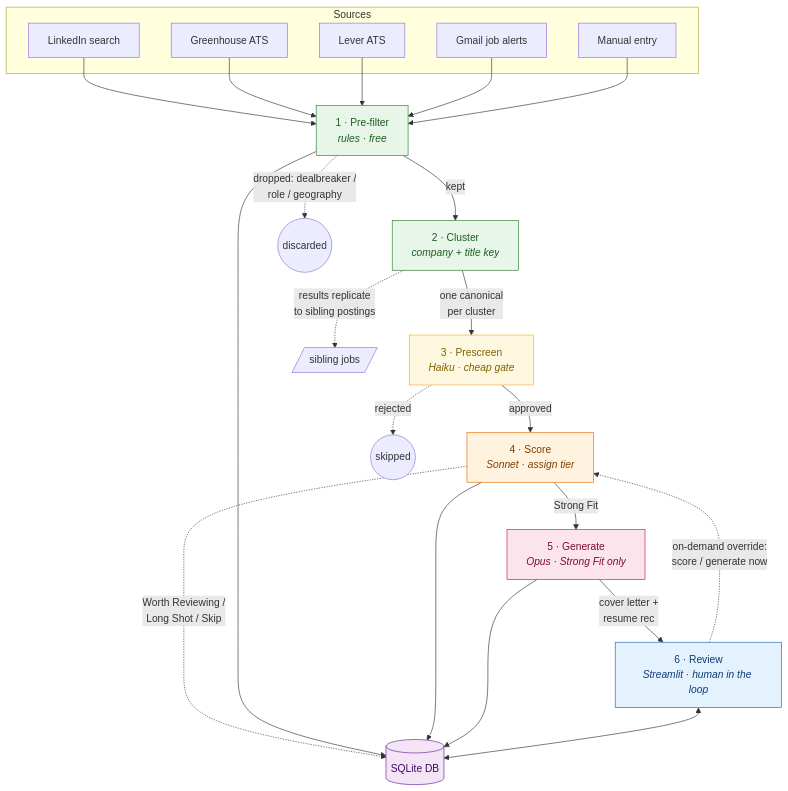
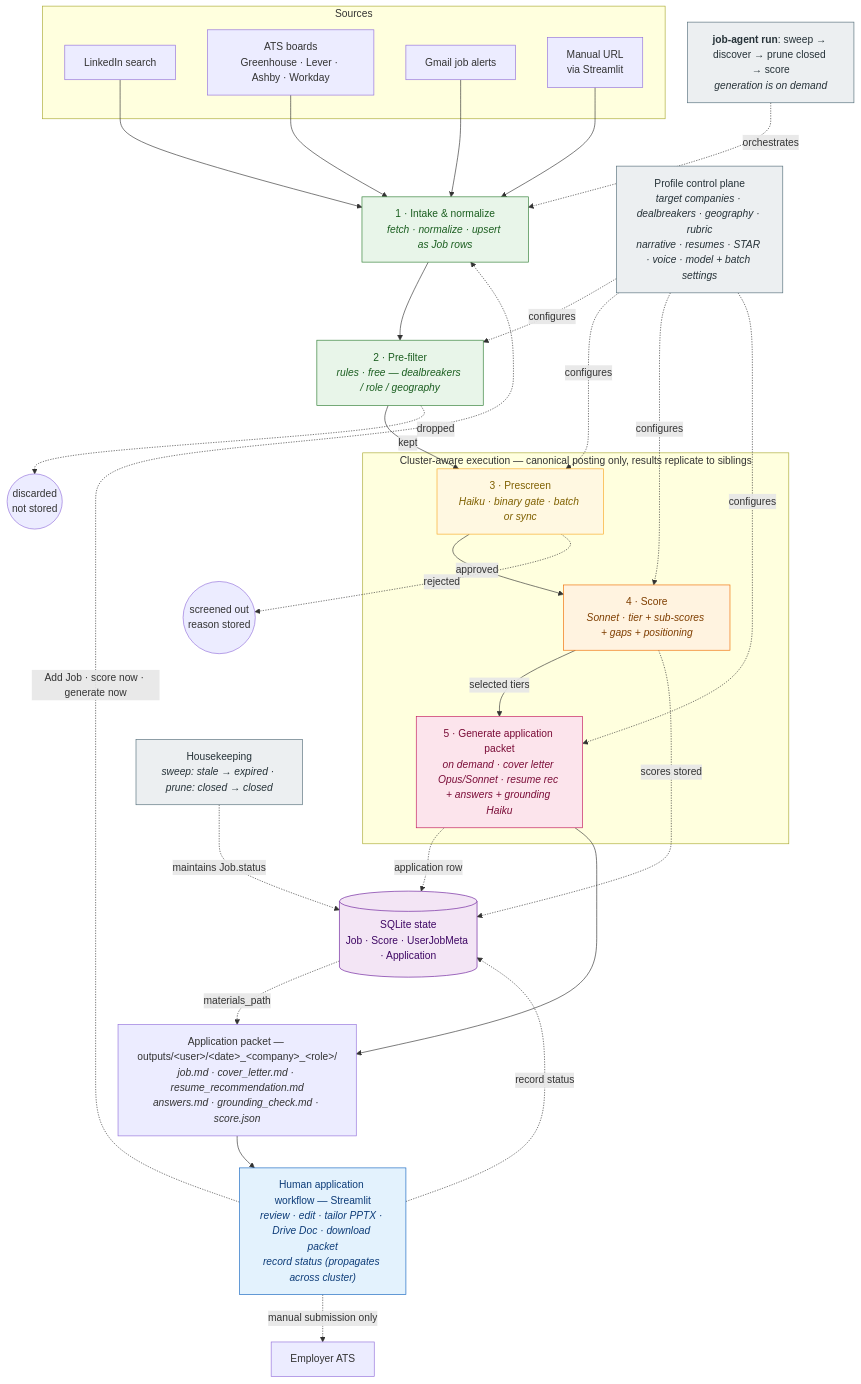
The diagram in flow.mmd (theokelly/job-search-pipeline), drawn with Mermaid before and after one commit. The commit also changed 3 other files, not shown here.

Commit message:
docs: add system architecture diagram; revise funnel diagram

```diff
--- a/flow.mmd
+++ b/flow.mmd
@@ -1,52 +1,71 @@
 flowchart TD
+    RUN["<b>job-agent run</b>: sweep → discover → prune closed → score<br/><i>generation is on demand</i>"]
+
     subgraph SRC[Sources]
         LI[LinkedIn search]
-        GH[Greenhouse ATS]
-        LV[Lever ATS]
+        ATS[ATS boards<br/>Greenhouse · Lever · Ashby · Workday]
         EM[Gmail job alerts]
-        MAN[Manual entry]
+        MAN[Manual URL<br/>via Streamlit]
     end
 
-    LI --> F
-    GH --> F
-    LV --> F
-    EM --> F
-    MAN --> F
+    LI --> INT
+    ATS --> INT
+    EM --> INT
+    MAN --> INT
+    RUN -.->|orchestrates| INT
 
-    F["1 · Pre-filter<br/><i>rules · free</i>"]
-    CL["2 · Cluster<br/><i>company + title key</i>"]
-    PS["3 · Prescreen<br/><i>Haiku · cheap gate</i>"]
-    SC["4 · Score<br/><i>Sonnet · assign tier</i>"]
-    GEN["5 · Generate<br/><i>Opus · Strong Fit only</i>"]
-    UI["6 · Review<br/><i>Streamlit · human in the loop</i>"]
+    INT["1 · Intake &amp; normalize<br/><i>fetch · normalize · upsert as Job rows</i>"]
+    F["2 · Pre-filter<br/><i>rules · free — dealbreakers / role / geography</i>"]
 
-    F -->|kept| CL
-    F -.->|dropped: dealbreaker /<br/>role / geography| X1((discarded))
-    CL -->|one canonical<br/>per cluster| PS
-    PS -->|approved| SC
-    PS -.->|rejected| X2((skipped))
-    SC -->|Strong Fit| GEN
-    SC -.->|Worth Reviewing /<br/>Long Shot / Skip| DB[(SQLite DB)]
-    GEN -->|cover letter +<br/>resume rec| UI
+    INT --> F
+    F -->|kept| PS
+    F -.->|dropped| X1((discarded<br/>not stored))
 
-    CL -. "results replicate<br/>to sibling postings" .-> SIB[/sibling jobs/]
+    subgraph CLUS[Cluster-aware execution — canonical posting only, results replicate to siblings]
+        PS["3 · Prescreen<br/><i>Haiku · binary gate · batch or sync</i>"]
+        SC["4 · Score<br/><i>Sonnet · tier + sub-scores + gaps + positioning</i>"]
+        GEN["5 · Generate application packet<br/><i>on demand · cover letter Opus/Sonnet · resume rec + answers + grounding Haiku</i>"]
+        PS -->|approved| SC
+        SC -->|selected tiers| GEN
+    end
 
-    F --> DB
-    SC --> DB
-    GEN --> DB
-    UI <--> DB
-    UI -.->|on-demand override:<br/>score / generate now| SC
+    PS -.->|rejected| X2((screened out<br/>reason stored))
+
+    PROF["Profile control plane<br/><i>target companies · dealbreakers · geography · rubric<br/>narrative · resumes · STAR · voice · model + batch settings</i>"]
+    PROF -.->|configures| F
+    PROF -.->|configures| PS
+    PROF -.->|configures| SC
+    PROF -.->|configures| GEN
+
+    DB[("SQLite state<br/>Job · Score · UserJobMeta · Application")]
+    SC -.->|scores stored| DB
+    GEN -.->|application row| DB
+
+    OUT["Application packet — outputs/&lt;user&gt;/&lt;date&gt;_&lt;company&gt;_&lt;role&gt;/<br/><i>job.md · cover_letter.md · resume_recommendation.md<br/>answers.md · grounding_check.md · score.json</i>"]
+    GEN --> OUT
+    DB -.->|materials_path| OUT
+
+    HK["Housekeeping<br/><i>sweep: stale → expired · prune: closed → closed</i>"]
+    HK -.->|maintains Job.status| DB
+
+    HUM["Human application workflow — Streamlit<br/><i>review · edit · tailor PPTX · Drive Doc · download packet<br/>record status (propagates across cluster)</i>"]
+    OUT --> HUM
+    HUM -.->|manual submission only| EMP[Employer ATS]
+    HUM -.->|record status| DB
+    HUM -.->|Add Job · score now · generate now| INT
 
     classDef free fill:#e8f5e9,stroke:#2e7d32,color:#1b5e20;
     classDef cheap fill:#fff8e1,stroke:#f9a825,color:#7f6000;
     classDef mid fill:#fff3e0,stroke:#ef6c00,color:#7f3e00;
     classDef expensive fill:#fce4ec,stroke:#c2185b,color:#7a0c37;
     classDef human fill:#e3f2fd,stroke:#1565c0,color:#0d3c78;
     classDef store fill:#f3e5f5,stroke:#6a1b9a,color:#3e0764;
+    classDef ctrl fill:#eceff1,stroke:#546e7a,color:#263238;
 
-    class F,CL free;
+    class INT,F free;
     class PS cheap;
     class SC mid;
     class GEN expensive;
-    class UI human;
+    class HUM human;
     class DB store;
+    class PROF,RUN,HK ctrl;
```
